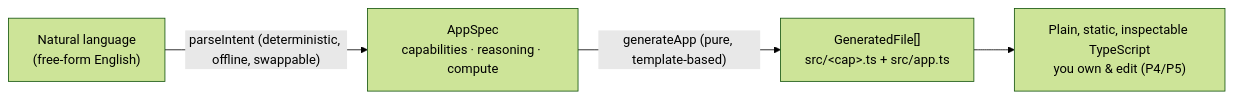
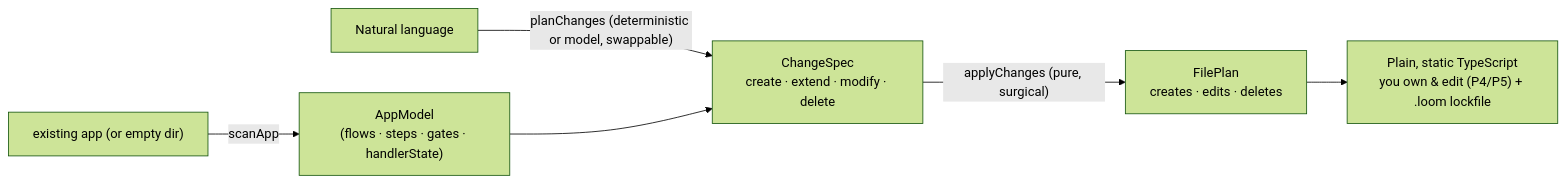
The sixth of 6 diagrams in docs/loom-2.0/05-capabilities-agents-intelligence-dx.md (chhetrisushil/loom), drawn with Mermaid (forest theme) before and after one commit. The commit also changed other lines of this file and 4 other files, not shown here.

````diff
--- a/docs/loom-2.0/05-capabilities-agents-intelligence-dx.md
+++ b/docs/loom-2.0/05-capabilities-agents-intelligence-dx.md
@@ -409,6 +408,8 @@
 ```mermaid
 flowchart LR
-  NL["Natural language<br/>(free-form English)"] -->|"parseIntent (deterministic, offline, swappable)"| SPEC["AppSpec<br/>capabilities · reasoning · compute"]
-  SPEC -->|"generateApp (pure, template-based)"| FILES["GeneratedFile[]<br/>src/&lt;cap&gt;.ts + src/app.ts"]
-  FILES --> OWN["Plain, static, inspectable TypeScript<br/>you own & edit (P4/P5)"]
+  DIR["existing app (or empty dir)"] -->|"scanApp"| MODEL["AppModel<br/>(flows · steps · gates · handlerState)"]
+  NL["Natural language"] -->|"planChanges (deterministic or model, swappable)"| SPEC["ChangeSpec<br/>create · extend · modify · delete"]
+  MODEL --> SPEC
+  SPEC -->|"applyChanges (pure, surgical)"| PLAN["FilePlan<br/>creates · edits · deletes"]
+  PLAN --> OWN["Plain, static TypeScript<br/>you own & edit (P4/P5) + .loom lockfile"]
 ```
````
